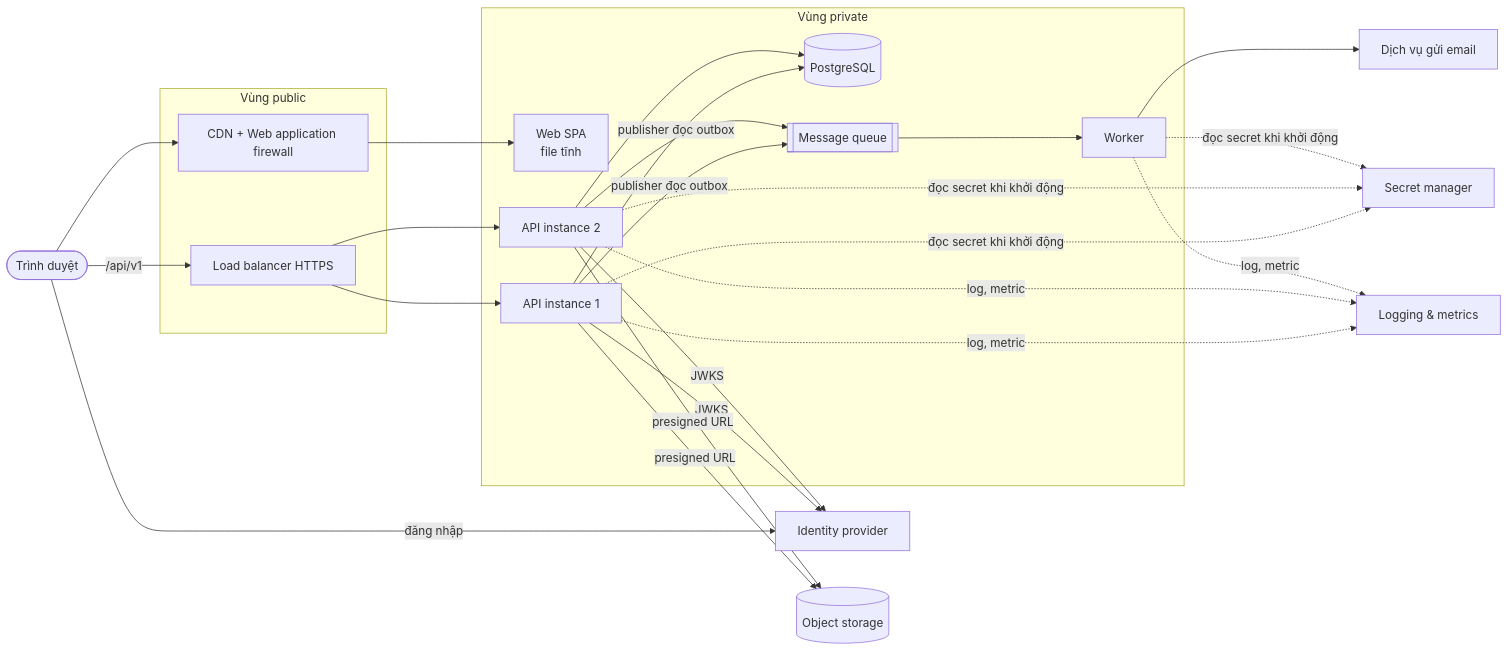
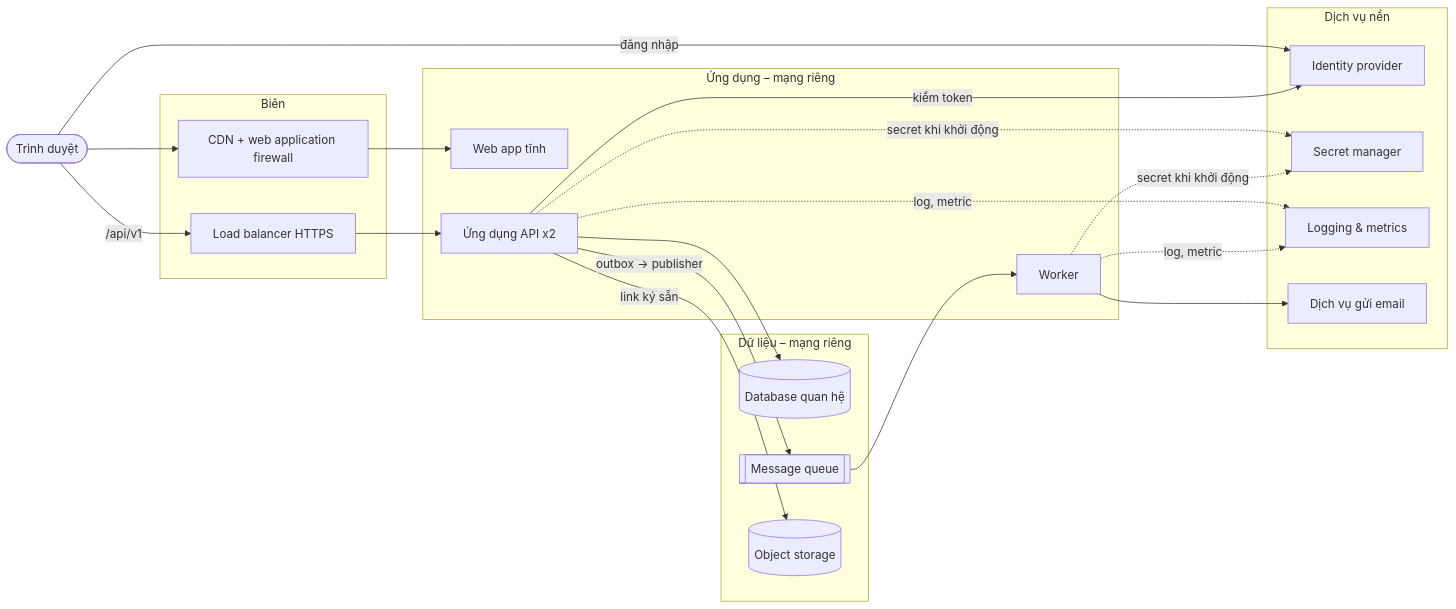
The second of 5 diagrams in docs/architecture/system-architecture.md (Acerchicken/HR-Enterprise-Platform), drawn with Mermaid before and after one commit. The commit also changed other lines of this file and 1 other file, not shown here.

Commit message:
docs(architecture): split system architecture into overview and current stack

````diff
--- a/docs/architecture/system-architecture.md
+++ b/docs/architecture/system-architecture.md
@@ -60,35 +68,38 @@
 ```mermaid
 flowchart LR
   browser([Trình duyệt])
 
-  subgraph public[Vùng public]
-    cdn[CDN + Web application firewall]
+  subgraph edgezone[Biên]
+    cdn[CDN + web application firewall]
     lb[Load balancer HTTPS]
   end
 
-  subgraph private[Vùng private]
-    web[Web SPA<br/>file tĩnh]
-    api1[API instance 1]
-    api2[API instance 2]
+  subgraph appzone[Ứng dụng – mạng riêng]
+    web[Web app tĩnh]
+    api[Ứng dụng API x2]
     worker[Worker]
-    db[(PostgreSQL)]
-    queue[[Message queue]]
   end
 
-  idp[Identity provider]
-  mail[Dịch vụ gửi email]
-  storage[(Object storage)]
-  secrets[Secret manager]
-  obs[Logging & metrics]
+  subgraph datazone[Dữ liệu – mạng riêng]
+    db[(Database quan hệ)]
+    queue[[Message queue]]
+    storage[(Object storage)]
+  end
+
+  subgraph platform[Dịch vụ nền]
+    idp[Identity provider]
+    secrets[Secret manager]
+    obs[Logging & metrics]
+    mail[Dịch vụ gửi email]
+  end
 
   browser --> cdn --> web
-  browser -- /api/v1 --> lb --> api1 & api2
+  browser -- /api/v1 --> lb --> api
   browser -- đăng nhập --> idp
-  api1 & api2 --> db
-  api1 & api2 -- publisher đọc outbox --> queue
-  queue --> worker --> mail
-  api1 & api2 -- JWKS --> idp
-  api1 & api2 -- presigned URL --> storage
-  api1 & api2 & worker -. đọc secret khi khởi động .-> secrets
-  api1 & api2 & worker -. log, metric .-> obs
+  api --> db
+  api -- outbox → publisher --> queue --> worker --> mail
+  api -- kiểm token --> idp
+  api -- link ký sẵn --> storage
+  api & worker -. secret khi khởi động .-> secrets
+  api & worker -. log, metric .-> obs
 ```
````
